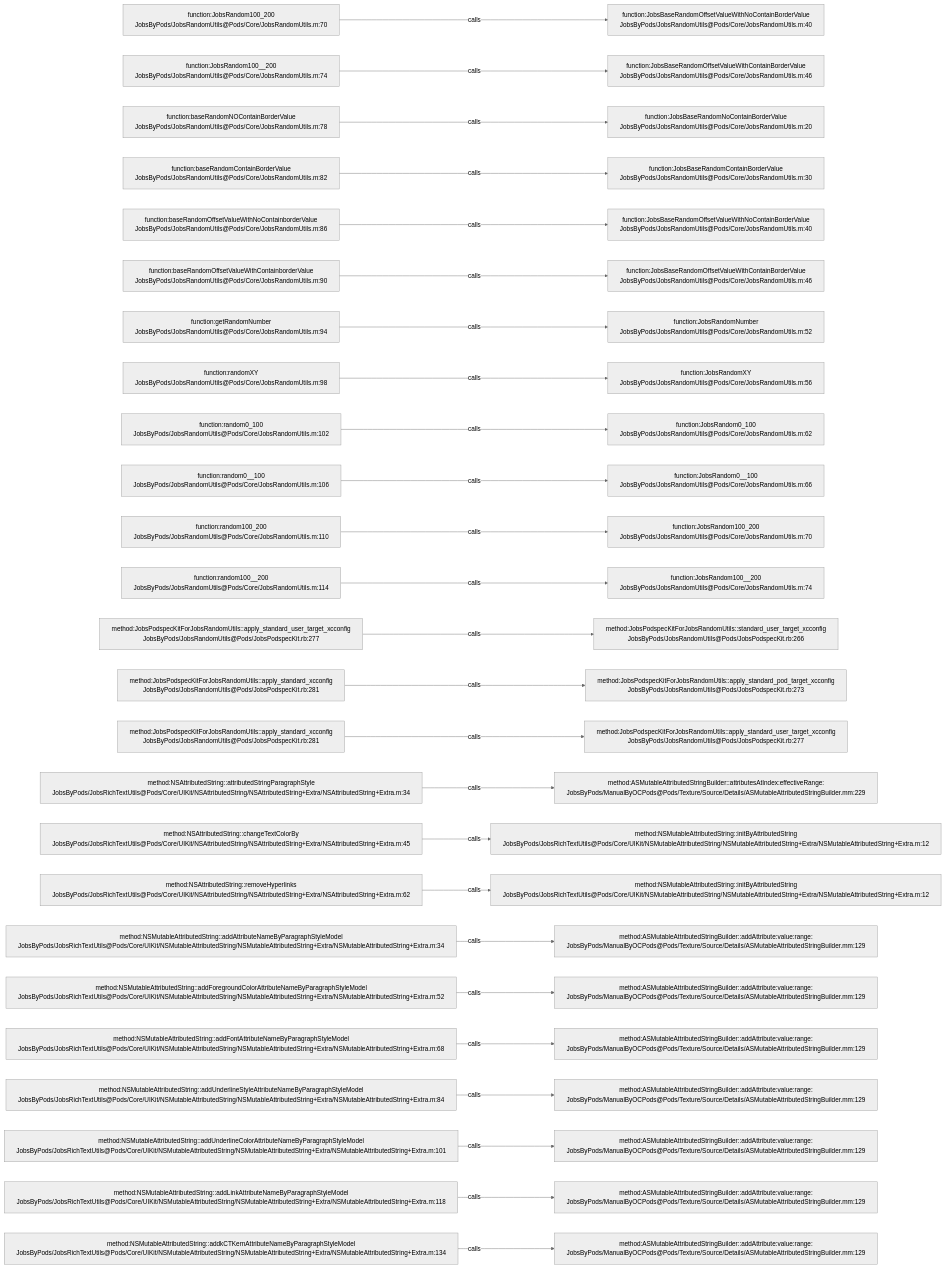
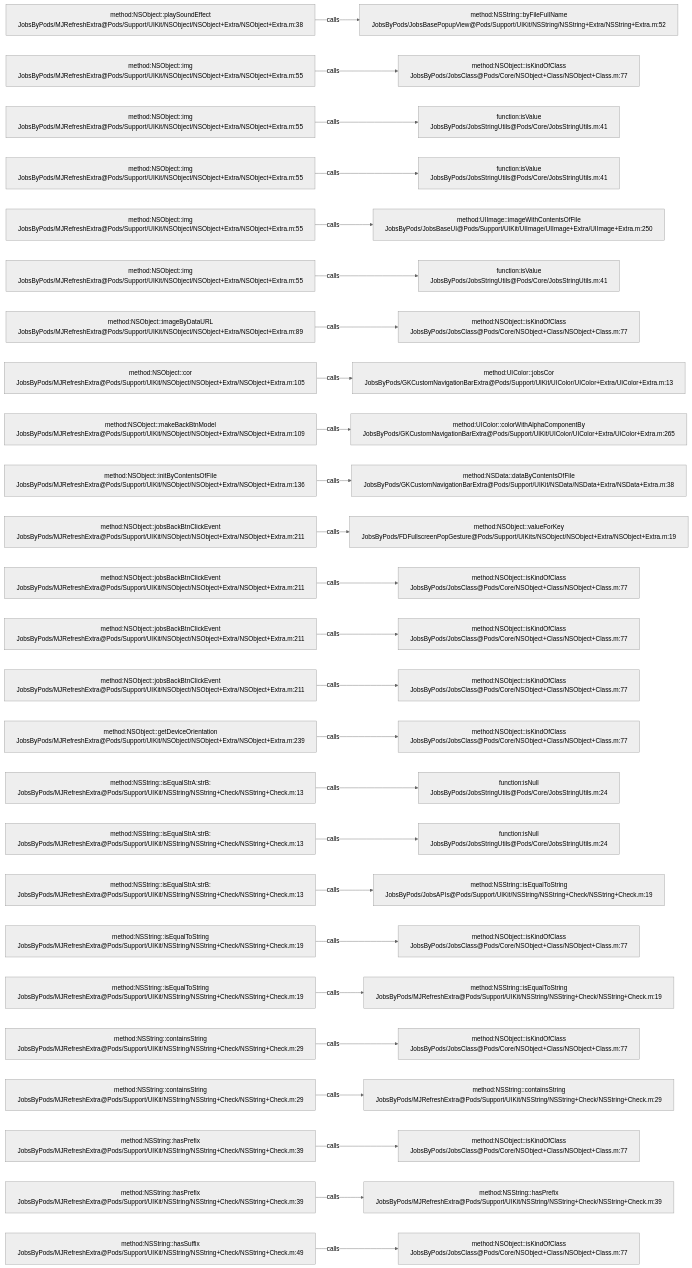
The diagram in .codegraph/codegraph.md/graphs/calls-167.md (JobsKits/JobsOCBaseConfigDemo), drawn with Mermaid (neutral theme) before and after one commit. The commit also changed 639 other files, not shown here.

````diff
--- a/.codegraph/codegraph.md/graphs/calls-167.md
+++ b/.codegraph/codegraph.md/graphs/calls-167.md
@@ -13,78 +13,78 @@
 ```mermaid
 flowchart LR
-  S1["function:JobsRandom100_200<br/>JobsByPods/JobsRandomUtils@Pods/Core/JobsRandomUtils.m:70"]
-  T1["function:JobsBaseRandomOffsetValueWithNoContainBorderValue<br/>JobsByPods/JobsRandomUtils@Pods/Core/JobsRandomUtils.m:40"]
+  S1["method:NSObject::playSoundEffect<br/>JobsByPods/MJRefreshExtra@Pods/Support/UIKit/NSObject/NSObject+Extra/NSObject+Extra.m:38"]
+  T1["method:NSString::byFileFullName<br/>JobsByPods/JobsBasePopupView@Pods/Support/UIKit/NSString/NSString+Extra/NSString+Extra.m:52"]
   S1 -->|calls| T1
-  S2["function:JobsRandom100__200<br/>JobsByPods/JobsRandomUtils@Pods/Core/JobsRandomUtils.m:74"]
-  T2["function:JobsBaseRandomOffsetValueWithContainBorderValue<br/>JobsByPods/JobsRandomUtils@Pods/Core/JobsRandomUtils.m:46"]
+  S2["method:NSObject::img<br/>JobsByPods/MJRefreshExtra@Pods/Support/UIKit/NSObject/NSObject+Extra/NSObject+Extra.m:55"]
+  T2["method:NSObject::isKindOfClass<br/>JobsByPods/JobsClass@Pods/Core/NSObject+Class/NSObject+Class.m:77"]
   S2 -->|calls| T2
-  S3["function:baseRandomNOContainBorderValue<br/>JobsByPods/JobsRandomUtils@Pods/Core/JobsRandomUtils.m:78"]
-  T3["function:JobsBaseRandomNoContainBorderValue<br/>JobsByPods/JobsRandomUtils@Pods/Core/JobsRandomUtils.m:20"]
+  S3["method:NSObject::img<br/>JobsByPods/MJRefreshExtra@Pods/Support/UIKit/NSObject/NSObject+Extra/NSObject+Extra.m:55"]
+  T3["function:isValue<br/>JobsByPods/JobsStringUtils@Pods/Core/JobsStringUtils.m:41"]
   S3 -->|calls| T3
-  S4["function:baseRandomContainBorderValue<br/>JobsByPods/JobsRandomUtils@Pods/Core/JobsRandomUtils.m:82"]
-  T4["function:JobsBaseRandomContainBorderValue<br/>JobsByPods/JobsRandomUtils@Pods/Core/JobsRandomUtils.m:30"]
+  S4["method:NSObject::img<br/>JobsByPods/MJRefreshExtra@Pods/Support/UIKit/NSObject/NSObject+Extra/NSObject+Extra.m:55"]
+  T4["function:isValue<br/>JobsByPods/JobsStringUtils@Pods/Core/JobsStringUtils.m:41"]
   S4 -->|calls| T4
-  S5["function:baseRandomOffsetValueWithNoContainborderValue<br/>JobsByPods/JobsRandomUtils@Pods/Core/JobsRandomUtils.m:86"]
-  T5["function:JobsBaseRandomOffsetValueWithNoContainBorderValue<br/>JobsByPods/JobsRandomUtils@Pods/Core/JobsRandomUtils.m:40"]
+  S5["method:NSObject::img<br/>JobsByPods/MJRefreshExtra@Pods/Support/UIKit/NSObject/NSObject+Extra/NSObject+Extra.m:55"]
+  T5["method:UIImage::imageWithContentsOfFile<br/>JobsByPods/JobsBaseUI@Pods/Support/UIKit/UIImage/UIImage+Extra/UIImage+Extra.m:250"]
   S5 -->|calls| T5
-  S6["function:baseRandomOffsetValueWithContainborderValue<br/>JobsByPods/JobsRandomUtils@Pods/Core/JobsRandomUtils.m:90"]
-  T6["function:JobsBaseRandomOffsetValueWithContainBorderValue<br/>JobsByPods/JobsRandomUtils@Pods/Core/JobsRandomUtils.m:46"]
+  S6["method:NSObject::img<br/>JobsByPods/MJRefreshExtra@Pods/Support/UIKit/NSObject/NSObject+Extra/NSObject+Extra.m:55"]
+  T6["function:isValue<br/>JobsByPods/JobsStringUtils@Pods/Core/JobsStringUtils.m:41"]
   S6 -->|calls| T6
-  S7["function:getRandomNumber<br/>JobsByPods/JobsRandomUtils@Pods/Core/JobsRandomUtils.m:94"]
-  T7["function:JobsRandomNumber<br/>JobsByPods/JobsRandomUtils@Pods/Core/JobsRandomUtils.m:52"]
+  S7["method:NSObject::imageByDataURL<br/>JobsByPods/MJRefreshExtra@Pods/Support/UIKit/NSObject/NSObject+Extra/NSObject+Extra.m:89"]
+  T7["method:NSObject::isKindOfClass<br/>JobsByPods/JobsClass@Pods/Core/NSObject+Class/NSObject+Class.m:77"]
   S7 -->|calls| T7
-  S8["function:randomXY<br/>JobsByPods/JobsRandomUtils@Pods/Core/JobsRandomUtils.m:98"]
-  T8["function:JobsRandomXY<br/>JobsByPods/JobsRandomUtils@Pods/Core/JobsRandomUtils.m:56"]
+  S8["method:NSObject::cor<br/>JobsByPods/MJRefreshExtra@Pods/Support/UIKit/NSObject/NSObject+Extra/NSObject+Extra.m:105"]
+  T8["method:UIColor::jobsCor<br/>JobsByPods/GKCustomNavigationBarExtra@Pods/Support/UIKit/UIColor/UIColor+Extra/UIColor+Extra.m:13"]
   S8 -->|calls| T8
-  S9["function:random0_100<br/>JobsByPods/JobsRandomUtils@Pods/Core/JobsRandomUtils.m:102"]
-  T9["function:JobsRandom0_100<br/>JobsByPods/JobsRandomUtils@Pods/Core/JobsRandomUtils.m:62"]
+  S9["method:NSObject::makeBackBtnModel<br/>JobsByPods/MJRefreshExtra@Pods/Support/UIKit/NSObject/NSObject+Extra/NSObject+Extra.m:109"]
+  T9["method:UIColor::colorWithAlphaComponentBy<br/>JobsByPods/GKCustomNavigationBarExtra@Pods/Support/UIKit/UIColor/UIColor+Extra/UIColor+Extra.m:265"]
   S9 -->|calls| T9
-  S10["function:random0__100<br/>JobsByPods/JobsRandomUtils@Pods/Core/JobsRandomUtils.m:106"]
-  T10["function:JobsRandom0__100<br/>JobsByPods/JobsRandomUtils@Pods/Core/JobsRandomUtils.m:66"]
+  S10["method:NSObject::initByContentsOfFile<br/>JobsByPods/MJRefreshExtra@Pods/Support/UIKit/NSObject/NSObject+Extra/NSObject+Extra.m:136"]
+  T10["method:NSData::dataByContentsOfFile<br/>JobsByPods/GKCustomNavigationBarExtra@Pods/Support/UIKit/NSData/NSData+Extra/NSData+Extra.m:38"]
   S10 -->|calls| T10
-  S11["function:random100_200<br/>JobsByPods/JobsRandomUtils@Pods/Core/JobsRandomUtils.m:110"]
-  T11["function:JobsRandom100_200<br/>JobsByPods/JobsRandomUtils@Pods/Core/JobsRandomUtils.m:70"]
+  S11["method:NSObject::jobsBackBtnClickEvent<br/>JobsByPods/MJRefreshExtra@Pods/Support/UIKit/NSObject/NSObject+Extra/NSObject+Extra.m:211"]
+  T11["method:NSObject::valueForKey<br/>JobsByPods/FDFullscreenPopGesture@Pods/Support/UIKits/NSObject/NSObject+Extra/NSObject+Extra.m:19"]
   S11 -->|calls| T11
-  S12["function:random100__200<br/>JobsByPods/JobsRandomUtils@Pods/Core/JobsRandomUtils.m:114"]
-  T12["function:JobsRandom100__200<br/>JobsByPods/JobsRandomUtils@Pods/Core/JobsRandomUtils.m:74"]
+  S12["method:NSObject::jobsBackBtnClickEvent<br/>JobsByPods/MJRefreshExtra@Pods/Support/UIKit/NSObject/NSObject+Extra/NSObject+Extra.m:211"]
+  T12["method:NSObject::isKindOfClass<br/>JobsByPods/JobsClass@Pods/Core/NSObject+Class/NSObject+Class.m:77"]
   S12 -->|calls| T12
-  S13["method:JobsPodspecKitForJobsRandomUtils::apply_standard_user_target_xcconfig<br/>JobsByPods/JobsRandomUtils@Pods/JobsPodspecKit.rb:277"]
-  T13["method:JobsPodspecKitForJobsRandomUtils::standard_user_target_xcconfig<br/>JobsByPods/JobsRandomUtils@Pods/JobsPodspecKit.rb:266"]
+  S13["method:NSObject::jobsBackBtnClickEvent<br/>JobsByPods/MJRefreshExtra@Pods/Support/UIKit/NSObject/NSObject+Extra/NSObject+Extra.m:211"]
+  T13["method:NSObject::isKindOfClass<br/>JobsByPods/JobsClass@Pods/Core/NSObject+Class/NSObject+Class.m:77"]
   S13 -->|calls| T13
-  S14["method:JobsPodspecKitForJobsRandomUtils::apply_standard_xcconfig<br/>JobsByPods/JobsRandomUtils@Pods/JobsPodspecKit.rb:281"]
-  T14["method:JobsPodspecKitForJobsRandomUtils::apply_standard_pod_target_xcconfig<br/>JobsByPods/JobsRandomUtils@Pods/JobsPodspecKit.rb:273"]
+  S14["method:NSObject::jobsBackBtnClickEvent<br/>JobsByPods/MJRefreshExtra@Pods/Support/UIKit/NSObject/NSObject+Extra/NSObject+Extra.m:211"]
+  T14["method:NSObject::isKindOfClass<br/>JobsByPods/JobsClass@Pods/Core/NSObject+Class/NSObject+Class.m:77"]
   S14 -->|calls| T14
-  S15["method:JobsPodspecKitForJobsRandomUtils::apply_standard_xcconfig<br/>JobsByPods/JobsRandomUtils@Pods/JobsPodspecKit.rb:281"]
-  T15["method:JobsPodspecKitForJobsRandomUtils::apply_standard_user_target_xcconfig<br/>JobsByPods/JobsRandomUtils@Pods/JobsPodspecKit.rb:277"]
+  S15["method:NSObject::getDeviceOrientation<br/>JobsByPods/MJRefreshExtra@Pods/Support/UIKit/NSObject/NSObject+Extra/NSObject+Extra.m:239"]
+  T15["method:NSObject::isKindOfClass<br/>JobsByPods/JobsClass@Pods/Core/NSObject+Class/NSObject+Class.m:77"]
   S15 -->|calls| T15
-  S16["method:NSAttributedString::attributedStringParagraphStyle<br/>JobsByPods/JobsRichTextUtils@Pods/Core/UIKit/NSAttributedString/NSAttributedString+Extra/NSAttributedString+Extra.m:34"]
-  T16["method:ASMutableAttributedStringBuilder::attributesAtIndex:effectiveRange:<br/>JobsByPods/ManualByOCPods@Pods/Texture/Source/Details/ASMutableAttributedStringBuilder.mm:229"]
+  S16["method:NSString::isEqualStrA:strB:<br/>JobsByPods/MJRefreshExtra@Pods/Support/UIKit/NSString/NSString+Check/NSString+Check.m:13"]
+  T16["function:isNull<br/>JobsByPods/JobsStringUtils@Pods/Core/JobsStringUtils.m:24"]
   S16 -->|calls| T16
-  S17["method:NSAttributedString::changeTextColorBy<br/>JobsByPods/JobsRichTextUtils@Pods/Core/UIKit/NSAttributedString/NSAttributedString+Extra/NSAttributedString+Extra.m:45"]
-  T17["method:NSMutableAttributedString::initByAttributedString<br/>JobsByPods/JobsRichTextUtils@Pods/Core/UIKit/NSMutableAttributedString/NSMutableAttributedString+Extra/NSMutableAttributedString+Extra.m:12"]
+  S17["method:NSString::isEqualStrA:strB:<br/>JobsByPods/MJRefreshExtra@Pods/Support/UIKit/NSString/NSString+Check/NSString+Check.m:13"]
+  T17["function:isNull<br/>JobsByPods/JobsStringUtils@Pods/Core/JobsStringUtils.m:24"]
   S17 -->|calls| T17
-  S18["method:NSAttributedString::removeHyperlinks<br/>JobsByPods/JobsRichTextUtils@Pods/Core/UIKit/NSAttributedString/NSAttributedString+Extra/NSAttributedString+Extra.m:62"]
-  T18["method:NSMutableAttributedString::initByAttributedString<br/>JobsByPods/JobsRichTextUtils@Pods/Core/UIKit/NSMutableAttributedString/NSMutableAttributedString+Extra/NSMutableAttributedString+Extra.m:12"]
+  S18["method:NSString::isEqualStrA:strB:<br/>JobsByPods/MJRefreshExtra@Pods/Support/UIKit/NSString/NSString+Check/NSString+Check.m:13"]
+  T18["method:NSString::isEqualToString<br/>JobsByPods/JobsAPIs@Pods/Support/UIKit/NSString/NSString+Check/NSString+Check.m:19"]
   S18 -->|calls| T18
-  S19["method:NSMutableAttributedString::addAttributeNameByParagraphStyleModel<br/>JobsByPods/JobsRichTextUtils@Pods/Core/UIKit/NSMutableAttributedString/NSMutableAttributedString+Extra/NSMutableAttributedString+Extra.m:34"]
-  T19["method:ASMutableAttributedStringBuilder::addAttribute:value:range:<br/>JobsByPods/ManualByOCPods@Pods/Texture/Source/Details/ASMutableAttributedStringBuilder.mm:129"]
+  S19["method:NSString::isEqualToString<br/>JobsByPods/MJRefreshExtra@Pods/Support/UIKit/NSString/NSString+Check/NSString+Check.m:19"]
+  T19["method:NSObject::isKindOfClass<br/>JobsByPods/JobsClass@Pods/Core/NSObject+Class/NSObject+Class.m:77"]
   S19 -->|calls| T19
-  S20["method:NSMutableAttributedString::addForegroundColorAttributeNameByParagraphStyleModel<br/>JobsByPods/JobsRichTextUtils@Pods/Core/UIKit/NSMutableAttributedString/NSMutableAttributedString+Extra/NSMutableAttributedString+Extra.m:52"]
-  T20["method:ASMutableAttributedStringBuilder::addAttribute:value:range:<br/>JobsByPods/ManualByOCPods@Pods/Texture/Source/Details/ASMutableAttributedStringBuilder.mm:129"]
+  S20["method:NSString::isEqualToString<br/>JobsByPods/MJRefreshExtra@Pods/Support/UIKit/NSString/NSString+Check/NSString+Check.m:19"]
+  T20["method:NSString::isEqualToString<br/>JobsByPods/MJRefreshExtra@Pods/Support/UIKit/NSString/NSString+Check/NSString+Check.m:19"]
   S20 -->|calls| T20
-  S21["method:NSMutableAttributedString::addFontAttributeNameByParagraphStyleModel<br/>JobsByPods/JobsRichTextUtils@Pods/Core/UIKit/NSMutableAttributedString/NSMutableAttributedString+Extra/NSMutableAttributedString+Extra.m:68"]
-  T21["method:ASMutableAttributedStringBuilder::addAttribute:value:range:<br/>JobsByPods/ManualByOCPods@Pods/Texture/Source/Details/ASMutableAttributedStringBuilder.mm:129"]
+  S21["method:NSString::containsString<br/>JobsByPods/MJRefreshExtra@Pods/Support/UIKit/NSString/NSString+Check/NSString+Check.m:29"]
+  T21["method:NSObject::isKindOfClass<br/>JobsByPods/JobsClass@Pods/Core/NSObject+Class/NSObject+Class.m:77"]
   S21 -->|calls| T21
-  S22["method:NSMutableAttributedString::addUnderlineStyleAttributeNameByParagraphStyleModel<br/>JobsByPods/JobsRichTextUtils@Pods/Core/UIKit/NSMutableAttributedString/NSMutableAttributedString+Extra/NSMutableAttributedString+Extra.m:84"]
-  T22["method:ASMutableAttributedStringBuilder::addAttribute:value:range:<br/>JobsByPods/ManualByOCPods@Pods/Texture/Source/Details/ASMutableAttributedStringBuilder.mm:129"]
+  S22["method:NSString::containsString<br/>JobsByPods/MJRefreshExtra@Pods/Support/UIKit/NSString/NSString+Check/NSString+Check.m:29"]
+  T22["method:NSString::containsString<br/>JobsByPods/MJRefreshExtra@Pods/Support/UIKit/NSString/NSString+Check/NSString+Check.m:29"]
   S22 -->|calls| T22
-  S23["method:NSMutableAttributedString::addUnderlineColorAttributeNameByParagraphStyleModel<br/>JobsByPods/JobsRichTextUtils@Pods/Core/UIKit/NSMutableAttributedString/NSMutableAttributedString+Extra/NSMutableAttributedString+Extra.m:101"]
-  T23["method:ASMutableAttributedStringBuilder::addAttribute:value:range:<br/>JobsByPods/ManualByOCPods@Pods/Texture/Source/Details/ASMutableAttributedStringBuilder.mm:129"]
+  S23["method:NSString::hasPrefix<br/>JobsByPods/MJRefreshExtra@Pods/Support/UIKit/NSString/NSString+Check/NSString+Check.m:39"]
+  T23["method:NSObject::isKindOfClass<br/>JobsByPods/JobsClass@Pods/Core/NSObject+Class/NSObject+Class.m:77"]
   S23 -->|calls| T23
-  S24["method:NSMutableAttributedString::addLinkAttributeNameByParagraphStyleModel<br/>JobsByPods/JobsRichTextUtils@Pods/Core/UIKit/NSMutableAttributedString/NSMutableAttributedString+Extra/NSMutableAttributedString+Extra.m:118"]
-  T24["method:ASMutableAttributedStringBuilder::addAttribute:value:range:<br/>JobsByPods/ManualByOCPods@Pods/Texture/Source/Details/ASMutableAttributedStringBuilder.mm:129"]
+  S24["method:NSString::hasPrefix<br/>JobsByPods/MJRefreshExtra@Pods/Support/UIKit/NSString/NSString+Check/NSString+Check.m:39"]
+  T24["method:NSString::hasPrefix<br/>JobsByPods/MJRefreshExtra@Pods/Support/UIKit/NSString/NSString+Check/NSString+Check.m:39"]
   S24 -->|calls| T24
-  S25["method:NSMutableAttributedString::addkCTKernAttributeNameByParagraphStyleModel<br/>JobsByPods/JobsRichTextUtils@Pods/Core/UIKit/NSMutableAttributedString/NSMutableAttributedString+Extra/NSMutableAttributedString+Extra.m:134"]
-  T25["method:ASMutableAttributedStringBuilder::addAttribute:value:range:<br/>JobsByPods/ManualByOCPods@Pods/Texture/Source/Details/ASMutableAttributedStringBuilder.mm:129"]
+  S25["method:NSString::hasSuffix<br/>JobsByPods/MJRefreshExtra@Pods/Support/UIKit/NSString/NSString+Check/NSString+Check.m:49"]
+  T25["method:NSObject::isKindOfClass<br/>JobsByPods/JobsClass@Pods/Core/NSObject+Class/NSObject+Class.m:77"]
   S25 -->|calls| T25
 ```
````
